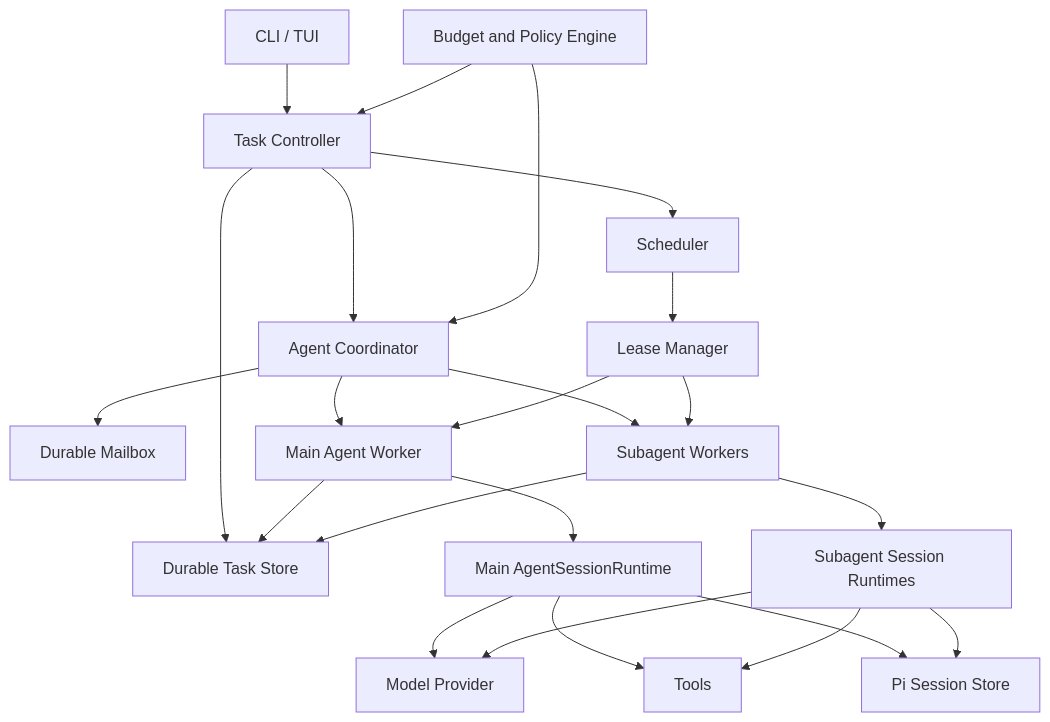
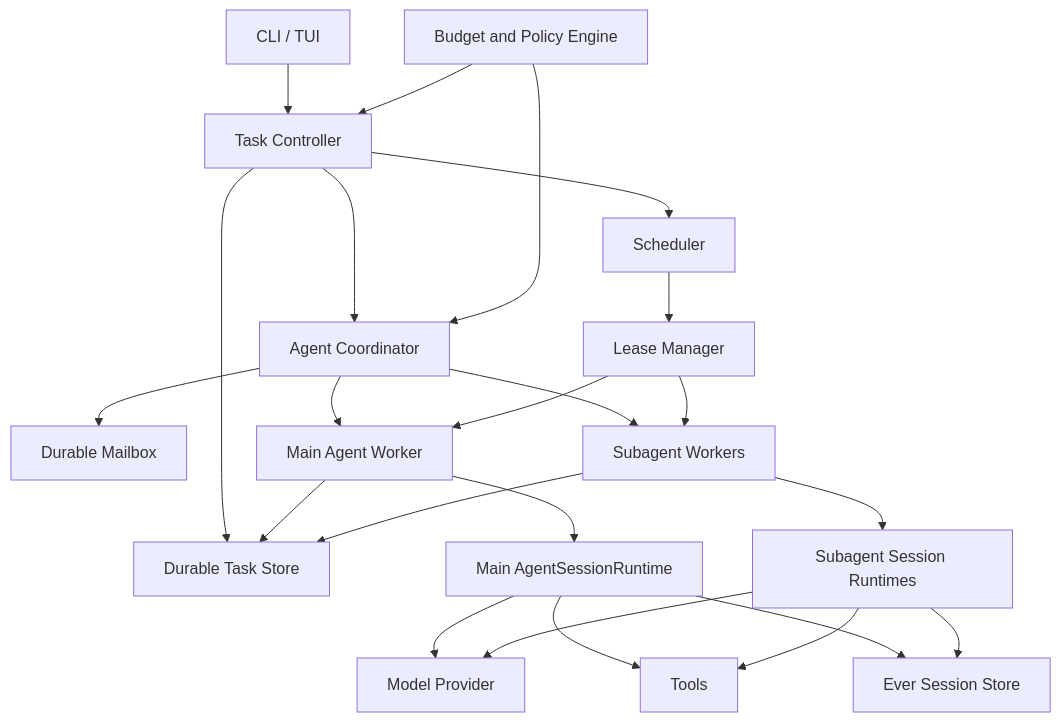
The diagram in TECHNICAL_SPEC.md (Lioooooo123/Ever), drawn with Mermaid before and after one commit. The commit also changed other lines of this file and 672 other files, not shown here.

Commit message:
feat: rebrand agent runtime as Ever

````diff
--- a/TECHNICAL_SPEC.md
+++ b/TECHNICAL_SPEC.md
@@ -91,25 +91,25 @@
 ```mermaid
 flowchart TD
     CLI["CLI / TUI"] --> Controller["Task Controller"]
     Controller --> Store["Durable Task Store"]
     Controller --> Scheduler["Scheduler"]
     Controller --> Coordinator["Agent Coordinator"]
     Scheduler --> Lease["Lease Manager"]
     Coordinator --> Mailbox["Durable Mailbox"]
     Coordinator --> MainWorker["Main Agent Worker"]
     Coordinator --> SubWorkers["Subagent Workers"]
     Lease --> MainWorker
     Lease --> SubWorkers
     MainWorker --> MainRuntime["Main AgentSessionRuntime"]
     SubWorkers --> SubRuntimes["Subagent Session Runtimes"]
     MainRuntime --> Provider["Model Provider"]
     SubRuntimes --> Provider
     MainRuntime --> Tools["Tools"]
     SubRuntimes --> Tools
-    MainRuntime --> SessionStore["Pi Session Store"]
+    MainRuntime --> SessionStore["Ever Session Store"]
     SubRuntimes --> SessionStore
     MainWorker --> Store
     SubWorkers --> Store
     Policy["Budget and Policy Engine"] --> Controller
     Policy --> Coordinator
 ```
````
